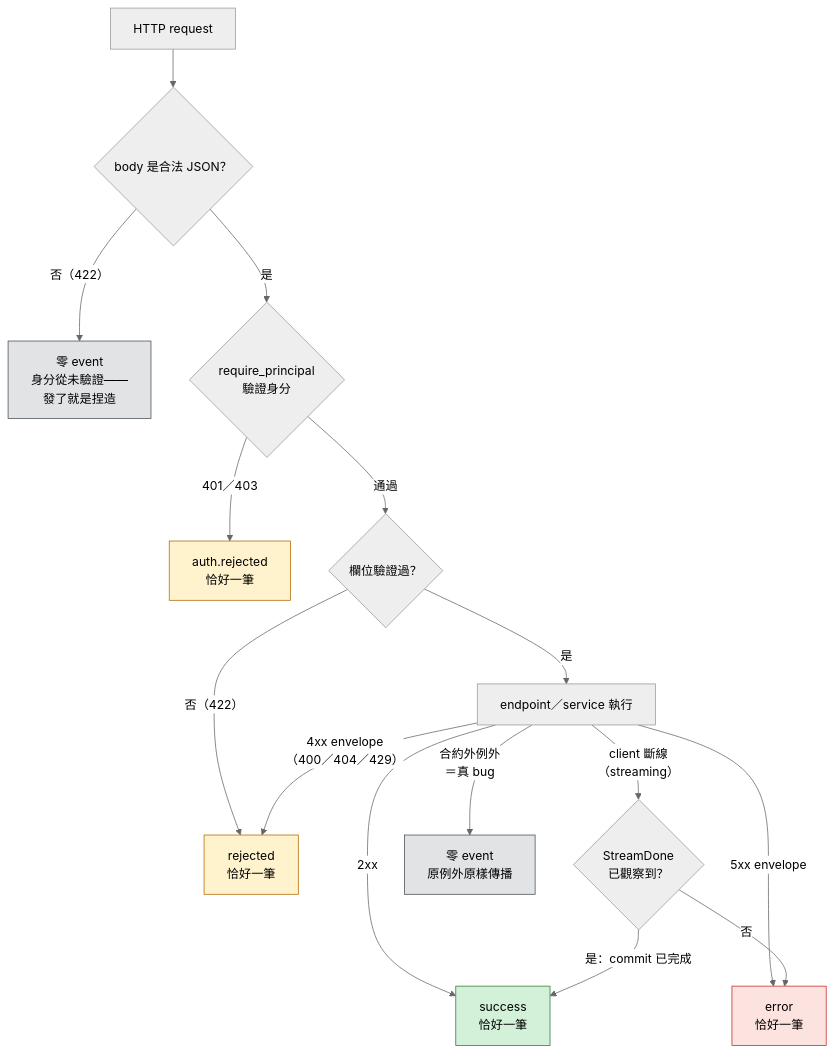
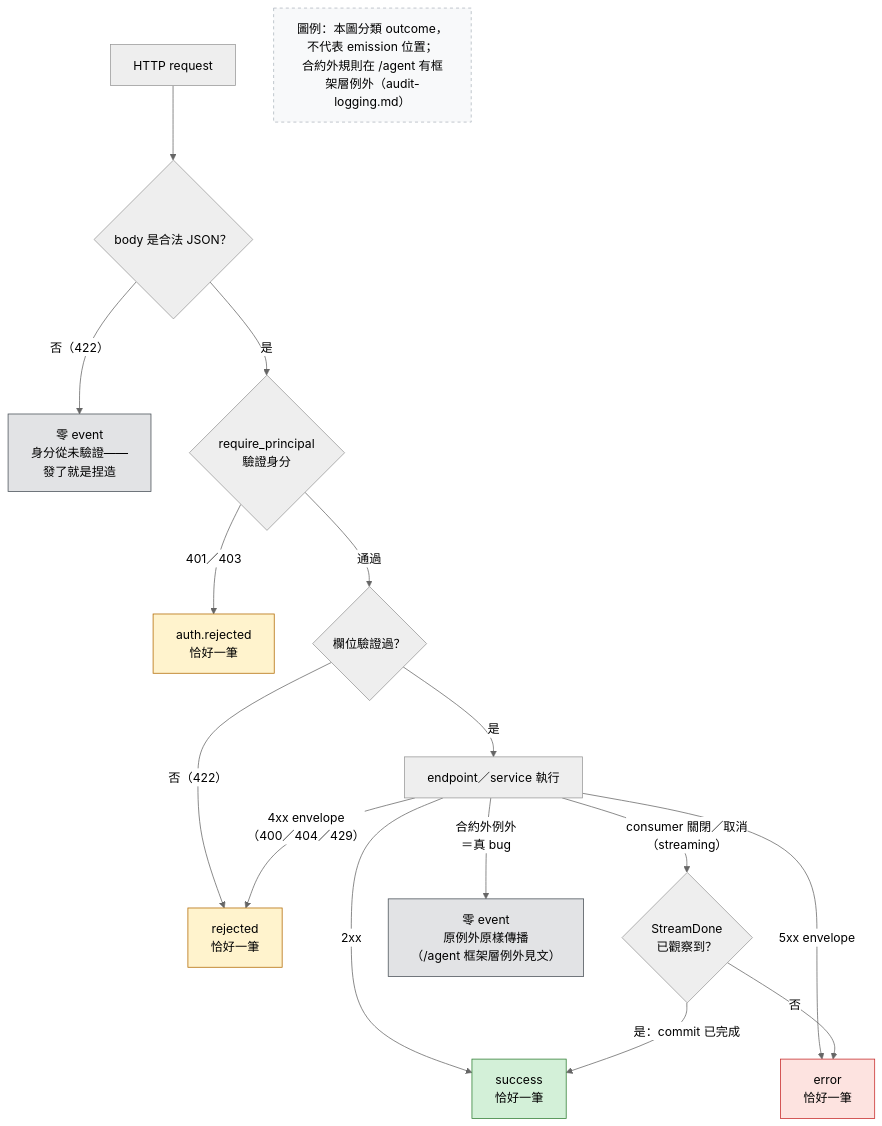
The diagram in docs/diagrams/audit-exit-paths.zh-tw.mmd (kehao-playground/azure-genai-backend-lab), drawn with Mermaid (neutral theme) before and after one commit. The commit also changed 2 other files, not shown here.

Commit message:
docs: audit-logging + exit-paths diagram corrections from article review (R2-R4, R7-R8)
- R7: split the malformed-body 422 into its two states (unparseable JSON
  -> zero events; post-principal schema failure -> one rejected event) --
  the presence-rules bullet contradicted the exactly-once section.
- R2: scope the exactly-once claim to classified terminals; the
  out-of-contract bug gap is part of the classification's boundary, not
  an unstated exception to 'every authenticated request'.
- R3: disclose /agent's framework-adapter broad catch as the known
  route-boundary exception to the out-of-contract rule (Day 17 design,
  deferred M5); rule stays exact for /chat, /chat/stream, /rag.
- R4: client_disconnect names the usual cause, not a proven one --
  CancelledError can originate server-side; documented in the
  commit-truth section and the diagram edge/reading notes.
- R8: document the pre-first-iteration zero-event window of the
  streaming observer (loses an event, never mis-classifies one).
- Diagram: both sources gain a legend (outcome-not-site; /agent
  exception), the cancellation edge renamed, topology unchanged.

Doc-only; no code change.

```diff
--- a/docs/diagrams/audit-exit-paths.zh-tw.mmd
+++ b/docs/diagrams/audit-exit-paths.zh-tw.mmd
@@ -1,24 +1,26 @@
 %% Publication source (zh-TW) for the Day 22 article figure.
 %% English semantic companion: audit-exit-paths.md — keep the two in the same topology.
 %% The planning repo stores only the rendered PNG snapshot (proposal 005).
 flowchart TB
     req["HTTP request"] --> parse{"body 是合法 JSON？"}
     parse -- "否（422）" --> z1["零 event<br/>身分從未驗證——<br/>發了就是捏造"]
     parse -- "是" --> auth{"require_principal<br/>驗證身分"}
     auth -- "401／403" --> ar["auth.rejected<br/>恰好一筆"]
     auth -- "通過" --> val{"欄位驗證過？"}
     val -- "否（422）" --> rj["rejected<br/>恰好一筆"]
     val -- "是" --> handler["endpoint／service 執行"]
     handler -- "2xx" --> s["success<br/>恰好一筆"]
     handler -- "4xx envelope<br/>（400／404／429）" --> rj
     handler -- "5xx envelope" --> er["error<br/>恰好一筆"]
-    handler -- "client 斷線<br/>（streaming）" --> dis{"StreamDone<br/>已觀察到？"}
+    handler -- "consumer 關閉／取消<br/>（streaming）" --> dis{"StreamDone<br/>已觀察到？"}
     dis -- "是：commit 已完成" --> s
     dis -- "否" --> er
-    handler -- "合約外例外<br/>＝真 bug" --> z2["零 event<br/>原例外原樣傳播"]
+    handler -- "合約外例外<br/>＝真 bug" --> z2["零 event<br/>原例外原樣傳播<br/>（/agent 框架層例外見文）"]
+    legend["圖例：本圖分類 outcome，不代表 emission 位置；<br/>合約外規則在 /agent 有框架層例外（audit-logging.md）"]
     style s fill:#d3f0d8,stroke:#2e7d32
+    style legend fill:#f8f9fa,stroke:#adb5bd,stroke-dasharray:4
     style rj fill:#fff3cd,stroke:#b26a00
     style ar fill:#fff3cd,stroke:#b26a00
     style er fill:#fde3e0,stroke:#c62828
     style z1 fill:#e2e3e5,stroke:#495057
     style z2 fill:#e2e3e5,stroke:#495057
```
